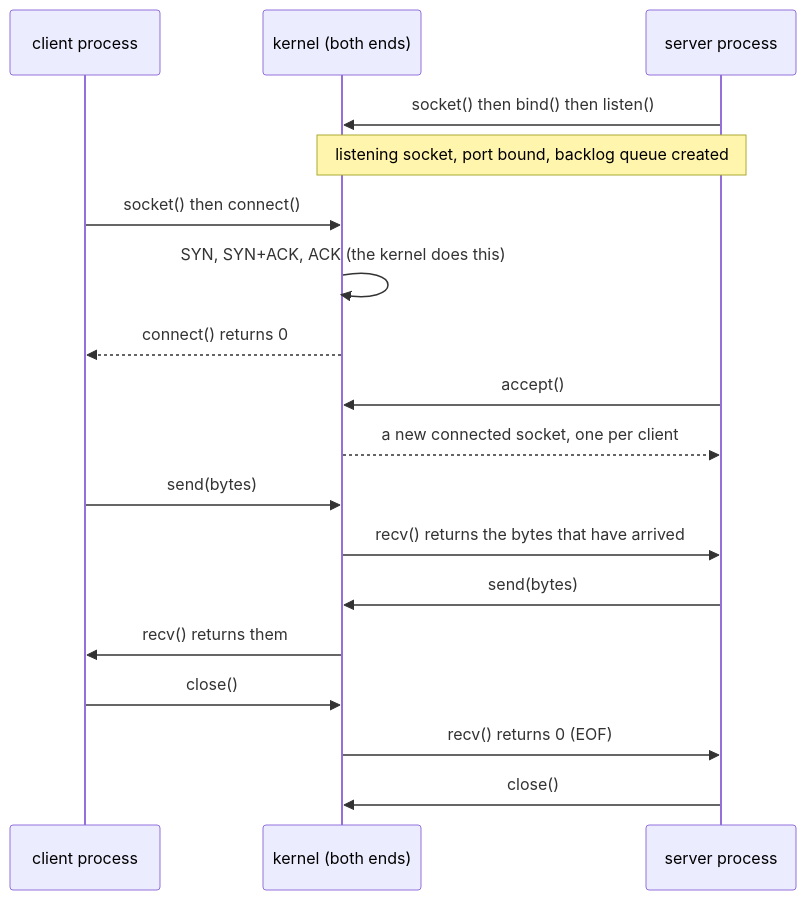
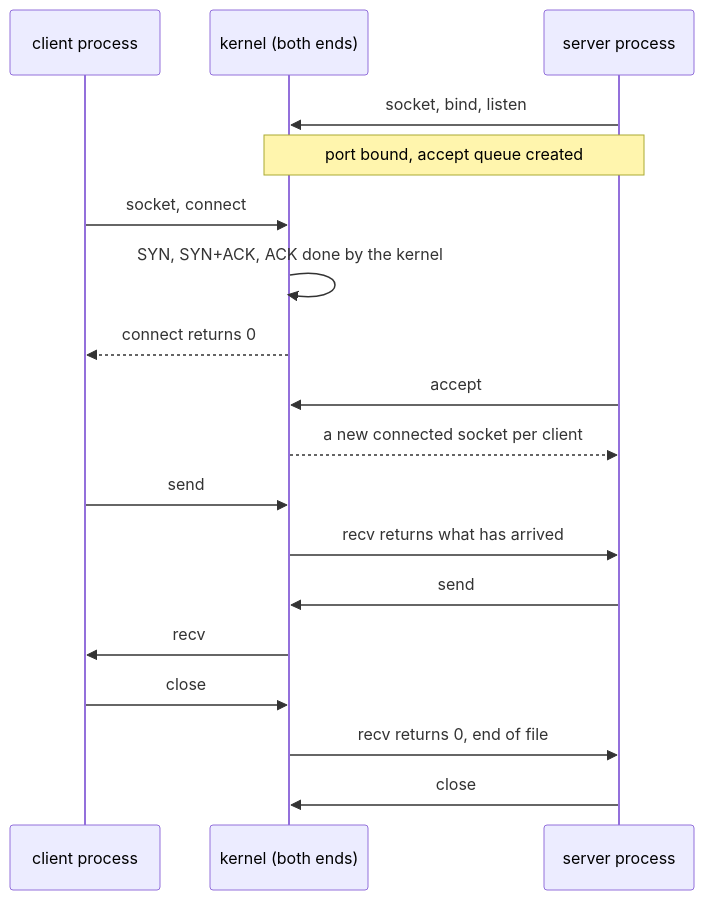
One commit to Princeahrwar/Study changed the diagram in 07_networking/04_socket_programming_in_c.md. Above: the diagram before and after it, drawn with Mermaid. The commit also changed other lines of this file, not shown here.

First line of the commit message:
NET 04: rewrite socket programming in C in WF 14 style (130 KB to 47 KB)

````diff
--- a/07_networking/04_socket_programming_in_c.md
+++ b/07_networking/04_socket_programming_in_c.md
@@ -44,20 +52,20 @@
 ```mermaid
 sequenceDiagram
   participant C as client process
   participant K as kernel (both ends)
   participant S as server process
-  S->>K: socket() then bind() then listen()
-  Note over S,K: listening socket, port bound, backlog queue created
-  C->>K: socket() then connect()
-  K->>K: SYN, SYN+ACK, ACK (the kernel does this)
-  K-->>C: connect() returns 0
-  S->>K: accept()
-  K-->>S: a new connected socket, one per client
-  C->>K: send(bytes)
-  K->>S: recv() returns the bytes that have arrived
-  S->>K: send(bytes)
-  K->>C: recv() returns them
-  C->>K: close()
-  K->>S: recv() returns 0 (EOF)
-  S->>K: close()
+  S->>K: socket, bind, listen
+  Note over S,K: port bound, accept queue created
+  C->>K: socket, connect
+  K->>K: SYN, SYN+ACK, ACK done by the kernel
+  K-->>C: connect returns 0
+  S->>K: accept
+  K-->>S: a new connected socket per client
+  C->>K: send
+  K->>S: recv returns what has arrived
+  S->>K: send
+  K->>C: recv
+  C->>K: close
+  K->>S: recv returns 0, end of file
+  S->>K: close
 ```
````
